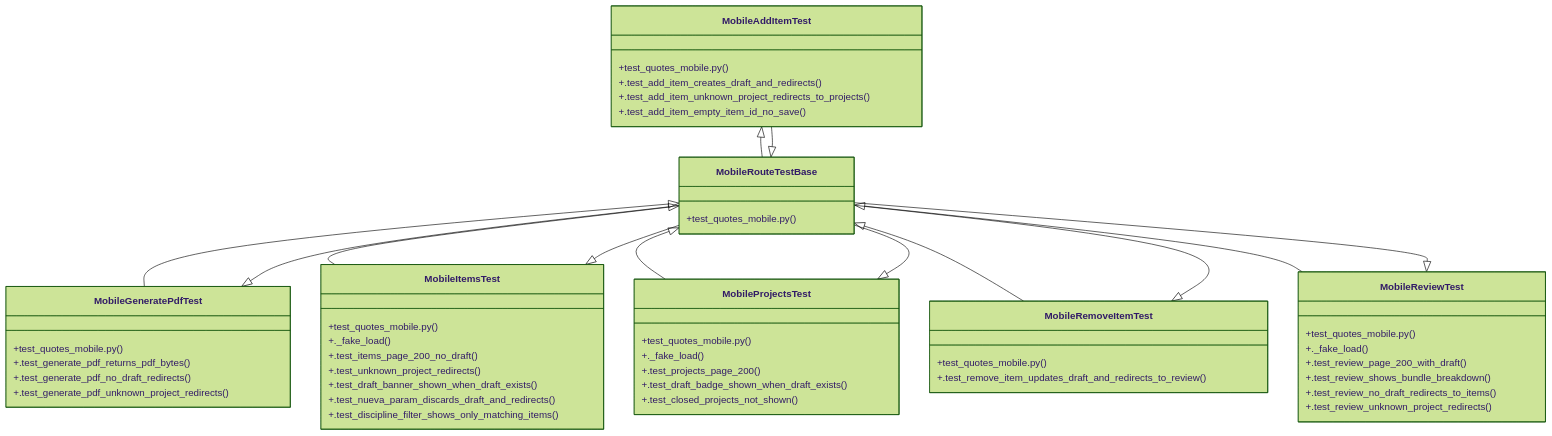
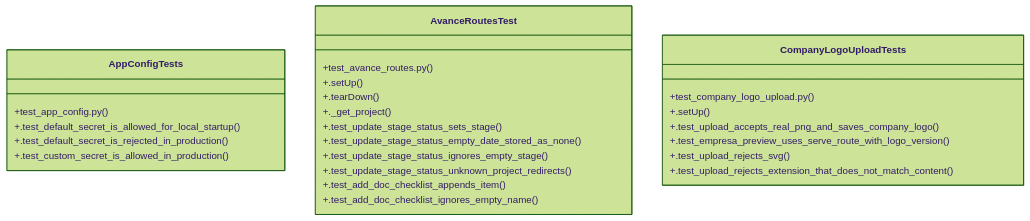
One commit to Daftrick/ProjectTracker changed the diagram in graphify-out/wiki/Community_14.md. Above: the diagram before and after it, drawn with Mermaid (forest theme). The commit also changed other lines of this file and 471 other files, not shown here.

````diff
--- a/graphify-out/wiki/Community_14.md
+++ b/graphify-out/wiki/Community_14.md
@@ -36,58 +36,29 @@
 ```mermaid
 classDiagram
-    class MobileAddItemTest {
-        +test_quotes_mobile.py()
-        +.test_add_item_creates_draft_and_redirects()
-        +.test_add_item_unknown_project_redirects_to_projects()
-        +.test_add_item_empty_item_id_no_save()
+    class AppConfigTests {
+        +test_app_config.py()
+        +.test_default_secret_is_allowed_for_local_startup()
+        +.test_default_secret_is_rejected_in_production()
+        +.test_custom_secret_is_allowed_in_production()
     }
-    class MobileGeneratePdfTest {
-        +test_quotes_mobile.py()
-        +.test_generate_pdf_returns_pdf_bytes()
-        +.test_generate_pdf_no_draft_redirects()
-        +.test_generate_pdf_unknown_project_redirects()
+    class AvanceRoutesTest {
+        +test_avance_routes.py()
+        +.setUp()
+        +.tearDown()
+        +._get_project()
+        +.test_update_stage_status_sets_stage()
+        +.test_update_stage_status_empty_date_stored_as_none()
+        +.test_update_stage_status_ignores_empty_stage()
+        +.test_update_stage_status_unknown_project_redirects()
+        +.test_add_doc_checklist_appends_item()
+        +.test_add_doc_checklist_ignores_empty_name()
     }
-    class MobileItemsTest {
-        +test_quotes_mobile.py()
-        +._fake_load()
-        +.test_items_page_200_no_draft()
-        +.test_unknown_project_redirects()
-        +.test_draft_banner_shown_when_draft_exists()
-        +.test_nueva_param_discards_draft_and_redirects()
-        +.test_discipline_filter_shows_only_matching_items()
+    class CompanyLogoUploadTests {
+        +test_company_logo_upload.py()
+        +.setUp()
+        +.test_upload_accepts_real_png_and_saves_company_logo()
+        +.test_empresa_preview_uses_serve_route_with_logo_version()
+        +.test_upload_rejects_svg()
+        +.test_upload_rejects_extension_that_does_not_match_content()
     }
-    class MobileProjectsTest {
-        +test_quotes_mobile.py()
-        +._fake_load()
-        +.test_projects_page_200()
-        +.test_draft_badge_shown_when_draft_exists()
-        +.test_closed_projects_not_shown()
-    }
-    class MobileRemoveItemTest {
-        +test_quotes_mobile.py()
-        +.test_remove_item_updates_draft_and_redirects_to_review()
-    }
-    class MobileReviewTest {
-        +test_quotes_mobile.py()
-        +._fake_load()
-        +.test_review_page_200_with_draft()
-        +.test_review_shows_bundle_breakdown()
-        +.test_review_no_draft_redirects_to_items()
-        +.test_review_unknown_project_redirects()
-    }
-    class MobileRouteTestBase {
-        +test_quotes_mobile.py()
-    }
-    MobileRouteTestBase <|-- MobileAddItemTest
-    MobileRouteTestBase <|-- MobileGeneratePdfTest
-    MobileRouteTestBase <|-- MobileItemsTest
-    MobileRouteTestBase <|-- MobileProjectsTest
-    MobileRouteTestBase <|-- MobileRemoveItemTest
-    MobileRouteTestBase <|-- MobileReviewTest
-    MobileProjectsTest <|-- MobileRouteTestBase
-    MobileItemsTest <|-- MobileRouteTestBase
-    MobileAddItemTest <|-- MobileRouteTestBase
-    MobileRemoveItemTest <|-- MobileRouteTestBase
-    MobileReviewTest <|-- MobileRouteTestBase
-    MobileGeneratePdfTest <|-- MobileRouteTestBase
 ```
````
